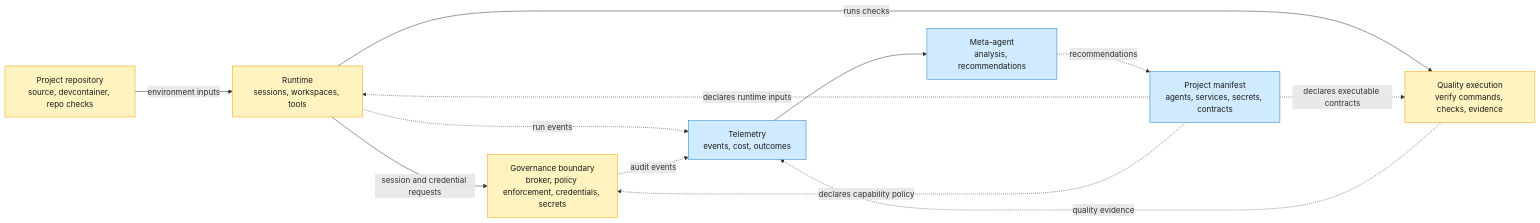
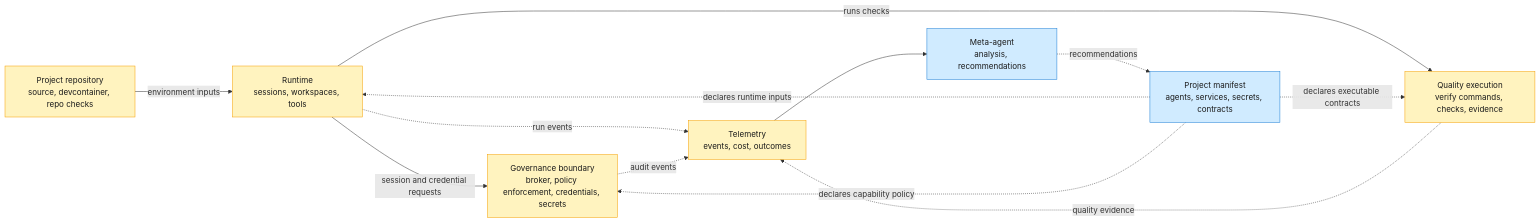
The second of 2 diagrams in docs/current-north-star-architecture.md (maryzam/ai-crew-localdev), drawn with Mermaid before and after one commit. The commit also changed other lines of this file and 22 other files, not shown here.

````diff
--- a/docs/current-north-star-architecture.md
+++ b/docs/current-north-star-architecture.md
@@ -126,31 +127,31 @@
 ```mermaid
 flowchart LR
     Project[Project repository<br/>source, devcontainer, repo checks]
     Manifest[Project manifest<br/>agents, services, secrets, contracts]
     Runtime[Runtime<br/>sessions, workspaces, tools]
     Governance[Governance boundary<br/>broker, policy enforcement, credentials, secrets]
     Quality[Quality execution<br/>verify commands, checks, evidence]
     Telemetry[Telemetry<br/>events, cost, outcomes]
     Meta[Meta-agent<br/>analysis, recommendations]
 
     Project -->|environment inputs| Runtime
 
     Runtime -->|session and credential requests| Governance
     Runtime -->|runs checks| Quality
     Runtime -.->|run events| Telemetry
 
     Manifest -.->|declares runtime inputs| Runtime
     Manifest -.->|declares capability policy| Governance
     Manifest -.->|declares executable contracts| Quality
 
     Governance -.->|audit events| Telemetry
     Quality -.->|quality evidence| Telemetry
     Telemetry --> Meta
 
     Meta -.->|recommendations| Manifest
 
     classDef current fill:#fff3bf,stroke:#f59f00,color:#1a1a1a
     classDef north fill:#d0ebff,stroke:#1c7ed6,color:#1a1a1a
-    class Project,Runtime,Governance,Quality current
-    class Manifest,Telemetry,Meta north
+    class Project,Runtime,Governance,Quality,Telemetry current
+    class Manifest,Meta north
 ```
````
